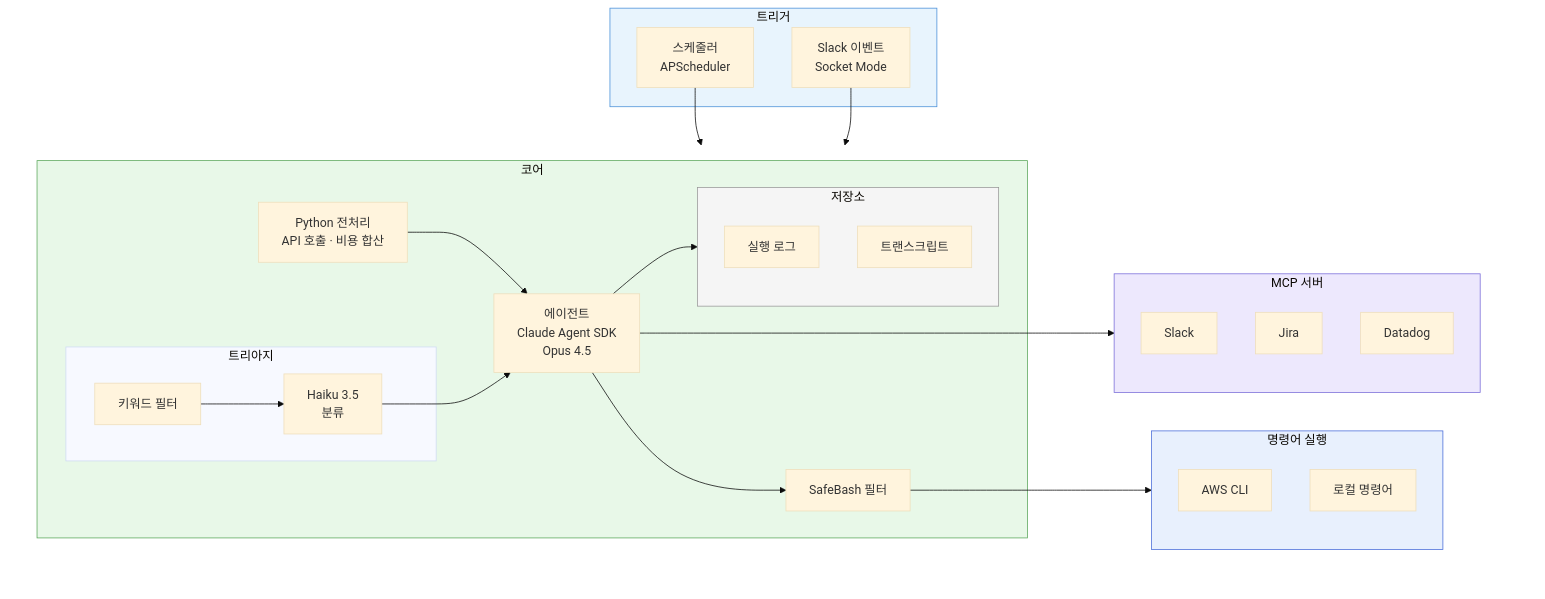
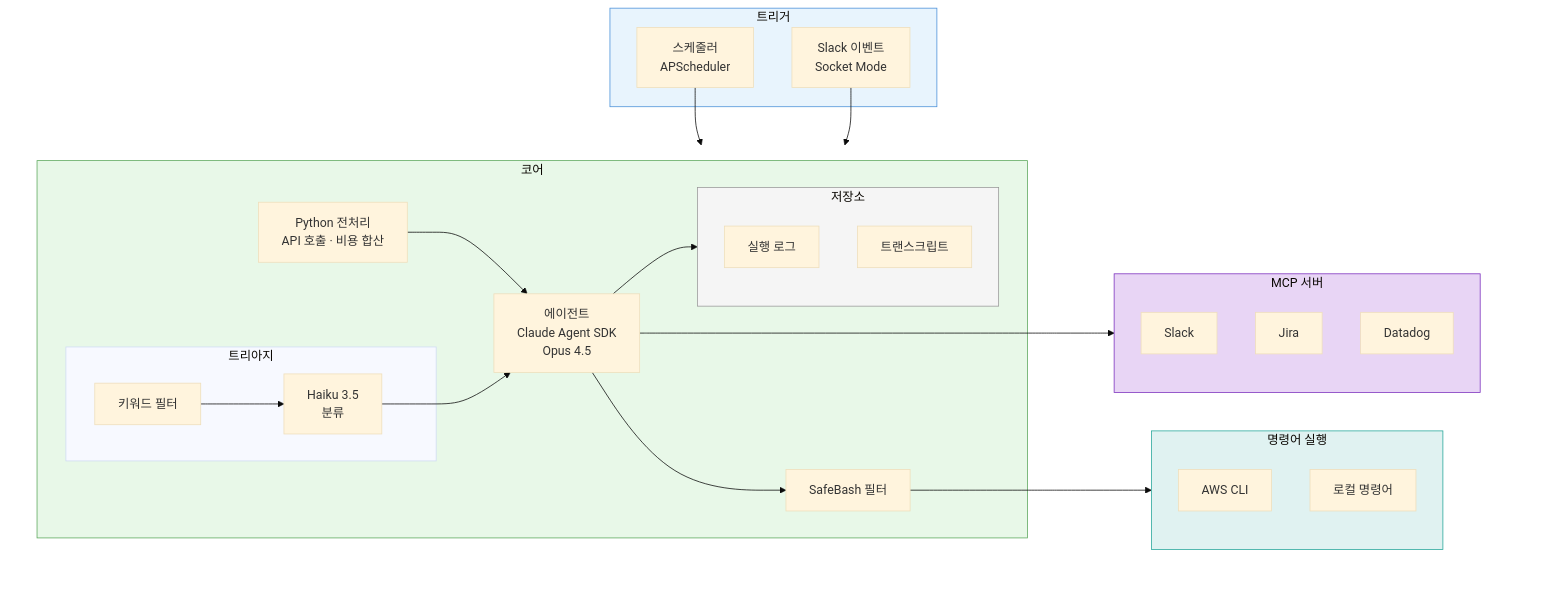
One commit to kimduksoo/duksoo-tech-blog changed the first of 3 diagrams in content/ai/ai-infra-automation.md. Above: the diagram before and after it, drawn with Mermaid (base theme).

Commit message:
style: Mermaid 다이어그램 색상 대비 개선 (MCP 진보라, CLI 틸)

````diff
--- a/content/ai/ai-infra-automation.md
+++ b/content/ai/ai-infra-automation.md
@@ -26,48 +26,48 @@
 ```mermaid
 flowchart TB
     subgraph 트리거
         Cron[스케줄러<br/>APScheduler]
         Event[Slack 이벤트<br/>Socket Mode]
     end
 
     subgraph 시스템[" "]
         direction LR
         subgraph 외부도구[" "]
             subgraph MCP[MCP 서버]
                 S[Slack]
                 J[Jira]
                 D[Datadog]
             end
             subgraph CLI[명령어 실행]
                 AWS[AWS CLI]
                 Local[로컬 명령어]
             end
         end
         subgraph 코어
             subgraph 트리아지
                 KW[키워드 필터] --> Haiku[Haiku 3.5<br/>분류]
             end
             Pre[Python 전처리<br/>API 호출 · 비용 합산] --> Agent[에이전트<br/>Claude Agent SDK<br/>Opus 4.5]
             Haiku --> Agent
             subgraph 저장소
                 Log[실행 로그]
                 Transcript[트랜스크립트]
             end
             Agent --> 저장소
             Agent --> Safe[SafeBash 필터]
         end
     end
 
     Cron --> Pre
     Event --> KW
     Agent --> MCP
     Safe --> CLI
 
     style 트리거 fill:#e8f4fd,stroke:#4a90d9
     style 시스템 fill:none,stroke:none
     style 외부도구 fill:none,stroke:none
     style 코어 fill:#e8f8e8,stroke:#5ba85b
     style 저장소 fill:#f5f5f5,stroke:#999999
-    style MCP fill:#ede8fd,stroke:#7a6dd9
-    style CLI fill:#e8f0fd,stroke:#4a6dd9
+    style MCP fill:#e8d5f5,stroke:#7b2fbe
+    style CLI fill:#e0f2f1,stroke:#26a69a
 ```
````
